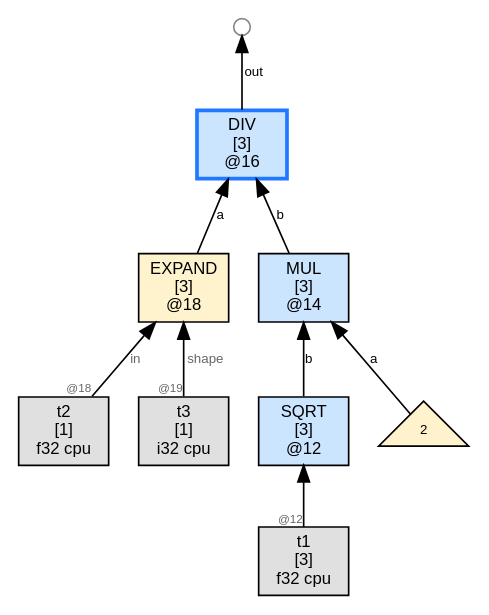
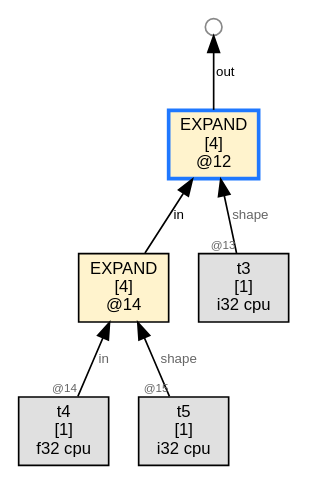
Before and after one commit to sw1sh/TinyHVM: the diagram in wl/examples/thvm_graphs/grad_rules/gradu_poly/thvm_1_post_reduce.dot, drawn with Graphviz. The commit also changed 4 other files, not shown here.

First line of the commit message:
grad: add E2E numeric for LOG/DIV/MAX/SUM — all 95/95 pass CPU+Metal

```diff
--- a/wl/examples/thvm_graphs/grad_rules/gradu_poly/thvm_1_post_reduce.dot
+++ b/wl/examples/thvm_graphs/grad_rules/gradu_poly/thvm_1_post_reduce.dot
@@ -1,23 +1,17 @@
 digraph G {
   rankdir=BT;
   node [fontname="Helvetica", fontsize=10, style=filled, shape=box, margin="0.1,0.05"];
   edge [fontsize=8, fontname="Helvetica"];
 
-  n16 [label="DIV\n[3]\n@16", shape=box, fillcolor="#cce5ff",color="#1f78ff",penwidth=2.2];
-  n18 -> n16 [label="a"];
-  n14 -> n16 [label="b"];
-  free16_1000 [label="",shape=circle,width=0.14,height=0.14,fixedsize=true,fillcolor="#ffffff",color="#888888",fontsize=1];
-  n16 -> free16_1000 [label="out"];
-  n12 [label="SQRT\n[3]\n@12", shape=box, fillcolor="#cce5ff"];
-  t1 [label="t1\n[3]\nf32 cpu",shape=box,fillcolor="#e0e0e0"];
-  t1 -> n12 [label="",taillabel="@12",labelfontsize=7,fontcolor="#666666"];
-  n18 [label="EXPAND\n[3]\n@18", shape=box, fillcolor="#fff3cd"];
-  t2 [label="t2\n[1]\nf32 cpu",shape=box,fillcolor="#e0e0e0"];
-  t2 -> n18 [label="in",taillabel="@18",labelfontsize=7,fontcolor="#666666"];
+  n12 [label="EXPAND\n[4]\n@12", shape=box, fillcolor="#fff3cd",color="#1f78ff",penwidth=2.2];
+  n14 -> n12 [label="in"];
   t3 [label="t3\n[1]\ni32 cpu",shape=box,fillcolor="#e0e0e0"];
-  t3 -> n18 [label="shape",taillabel="@19",labelfontsize=7,fontcolor="#666666"];
-  n14 [label="MUL\n[3]\n@14", shape=box, fillcolor="#cce5ff"];
-  num14_0 [label="2",shape=triangle,fillcolor="#fff2cc",fontsize=8];
-  num14_0 -> n14 [label="a"];
-  n12 -> n14 [label="b"];
+  t3 -> n12 [label="shape",taillabel="@13",labelfontsize=7,fontcolor="#666666"];
+  free12_1000 [label="",shape=circle,width=0.14,height=0.14,fixedsize=true,fillcolor="#ffffff",color="#888888",fontsize=1];
+  n12 -> free12_1000 [label="out"];
+  n14 [label="EXPAND\n[4]\n@14", shape=box, fillcolor="#fff3cd"];
+  t4 [label="t4\n[1]\nf32 cpu",shape=box,fillcolor="#e0e0e0"];
+  t4 -> n14 [label="in",taillabel="@14",labelfontsize=7,fontcolor="#666666"];
+  t5 [label="t5\n[1]\ni32 cpu",shape=box,fillcolor="#e0e0e0"];
+  t5 -> n14 [label="shape",taillabel="@15",labelfontsize=7,fontcolor="#666666"];
 }
```
